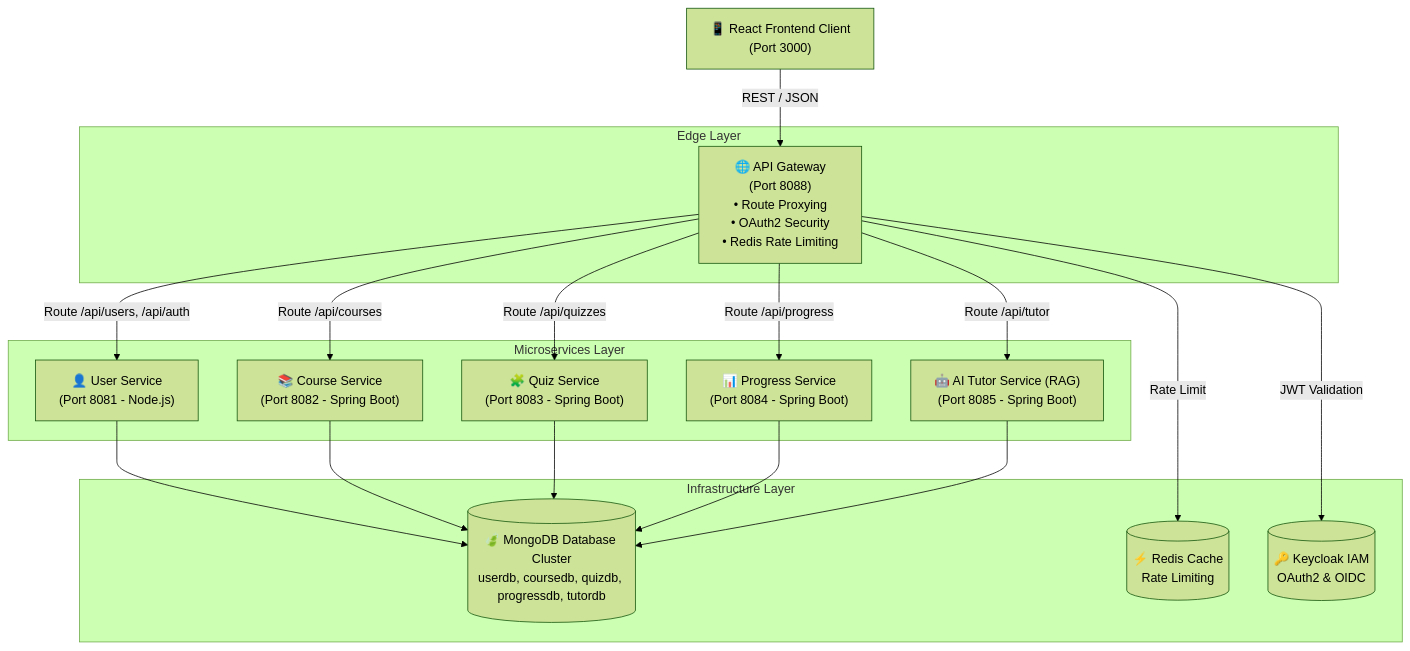
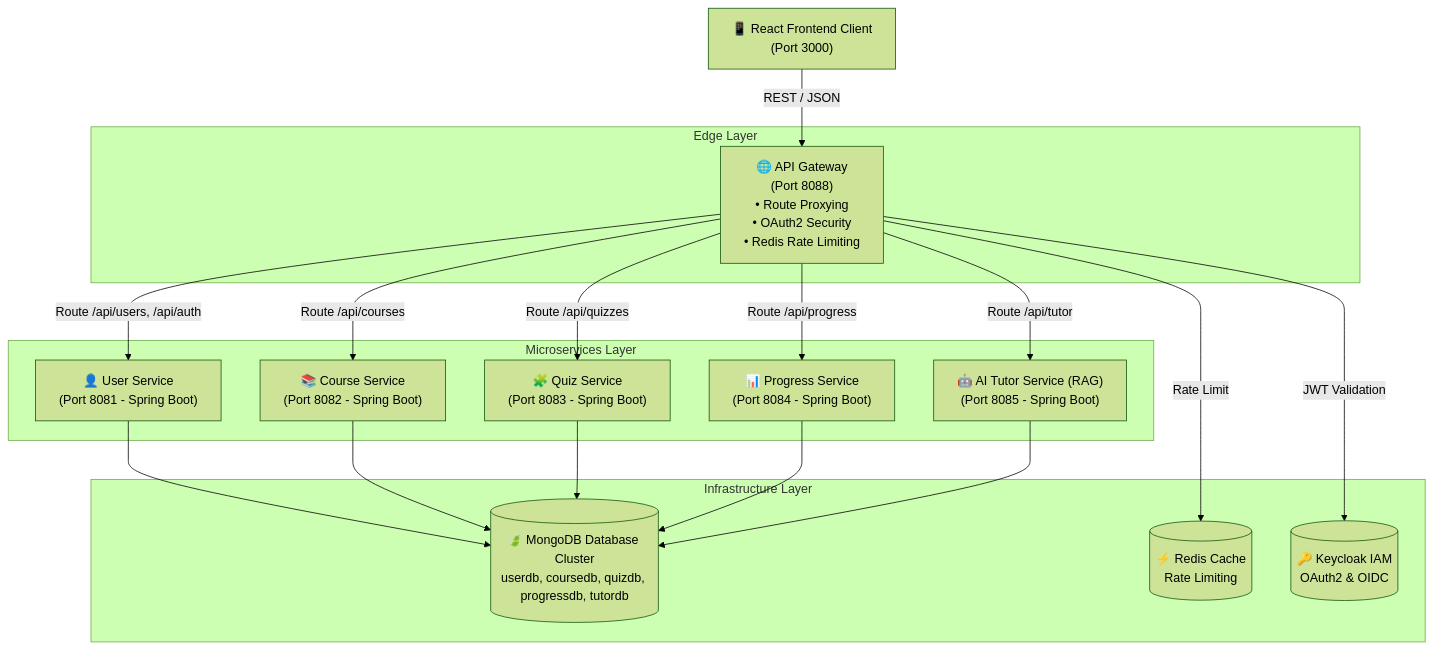
The diagram in README.md (sachilz/intellitutor-platform), drawn with Mermaid (forest theme) before and after one commit. The commit also changed other lines of this file, not shown here.

Commit message:
refactor: migrate User Service from Node.js to Spring Boot and update team documentation in README

````diff
--- a/README.md
+++ b/README.md
@@ -47,37 +47,37 @@
 ```mermaid
 graph TD
     Client["📱 React Frontend Client\n(Port 3000)"]
     
     subgraph Edge Layer
         Gateway["🌐 API Gateway\n(Port 8088)\n• Route Proxying\n• OAuth2 Security\n• Redis Rate Limiting"]
     end
     
     subgraph Microservices Layer
-        UserService["👤 User Service\n(Port 8081 - Node.js)"]
+        UserService["👤 User Service\n(Port 8081 - Spring Boot)"]
         CourseService["📚 Course Service\n(Port 8082 - Spring Boot)"]
         QuizService["🧩 Quiz Service\n(Port 8083 - Spring Boot)"]
         ProgressService["📊 Progress Service\n(Port 8084 - Spring Boot)"]
         TutorService["🤖 AI Tutor Service (RAG)\n(Port 8085 - Spring Boot)"]
     end
     
     subgraph Infrastructure Layer
         MongoDB[(🍃 MongoDB Database Cluster\nuserdb, coursedb, quizdb, progressdb, tutordb)]
         Redis[(⚡ Redis Cache\nRate Limiting)]
         Keycloak[(🔑 Keycloak IAM\nOAuth2 & OIDC)]
     end
 
     Client -->|REST / JSON| Gateway
     Gateway -->|Rate Limit| Redis
     Gateway -->|JWT Validation| Keycloak
     Gateway -->|Route /api/users, /api/auth| UserService
     Gateway -->|Route /api/courses| CourseService
     Gateway -->|Route /api/quizzes| QuizService
     Gateway -->|Route /api/progress| ProgressService
     Gateway -->|Route /api/tutor| TutorService
 
     UserService --> MongoDB
     CourseService --> MongoDB
     QuizService --> MongoDB
     ProgressService --> MongoDB
     TutorService --> MongoDB
 ```
````
